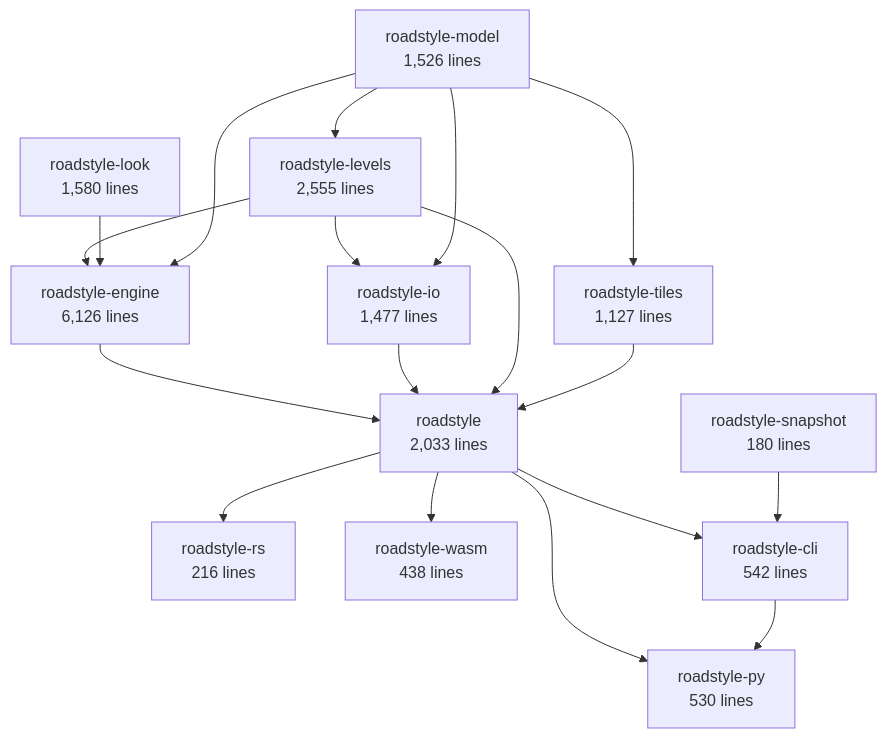
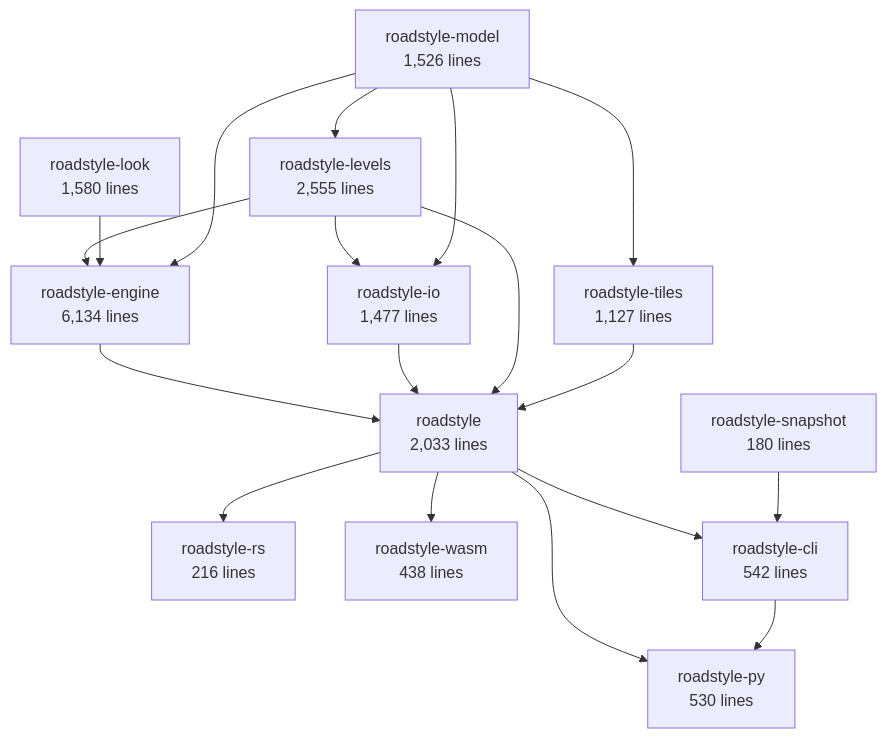
One commit to Khoshkhah/roadstyle changed the second of 6 diagrams in docs/rust/architecture.md. Above: the diagram before and after it, drawn with Mermaid. The commit also changed other lines of this file and 4 other files, not shown here.

````diff
--- a/docs/rust/architecture.md
+++ b/docs/rust/architecture.md
@@ -70,32 +70,32 @@
 ```mermaid
 flowchart TB
     roadstyle_model["roadstyle-model<br/>1,526 lines"]
     roadstyle_look["roadstyle-look<br/>1,580 lines"]
     roadstyle_io["roadstyle-io<br/>1,477 lines"]
     roadstyle_levels["roadstyle-levels<br/>2,555 lines"]
-    roadstyle_engine["roadstyle-engine<br/>6,126 lines"]
+    roadstyle_engine["roadstyle-engine<br/>6,134 lines"]
     roadstyle_tiles["roadstyle-tiles<br/>1,127 lines"]
     roadstyle["roadstyle<br/>2,033 lines"]
     roadstyle_rs["roadstyle-rs<br/>216 lines"]
     roadstyle_wasm["roadstyle-wasm<br/>438 lines"]
     roadstyle_py["roadstyle-py<br/>530 lines"]
     roadstyle_cli["roadstyle-cli<br/>542 lines"]
     roadstyle_snapshot["roadstyle-snapshot<br/>180 lines"]
     roadstyle_levels --> roadstyle_io
     roadstyle_model --> roadstyle_io
     roadstyle_model --> roadstyle_levels
     roadstyle_levels --> roadstyle_engine
     roadstyle_look --> roadstyle_engine
     roadstyle_model --> roadstyle_engine
     roadstyle_model --> roadstyle_tiles
     roadstyle_engine --> roadstyle
     roadstyle_io --> roadstyle
     roadstyle_levels --> roadstyle
     roadstyle_tiles --> roadstyle
     roadstyle --> roadstyle_rs
     roadstyle --> roadstyle_wasm
     roadstyle --> roadstyle_py
     roadstyle_cli --> roadstyle_py
     roadstyle --> roadstyle_cli
     roadstyle_snapshot --> roadstyle_cli
 ```
````
